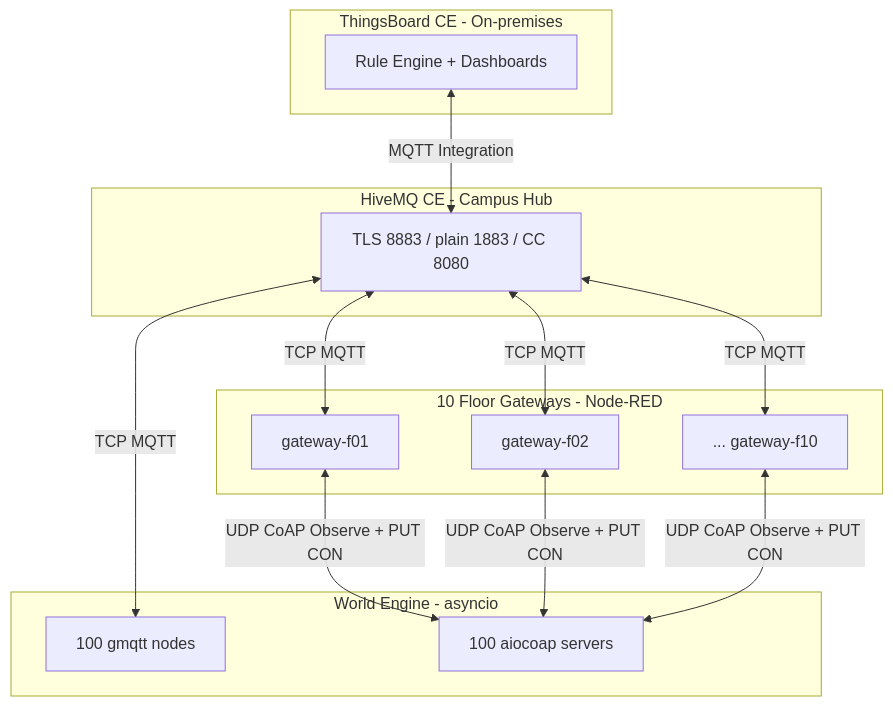
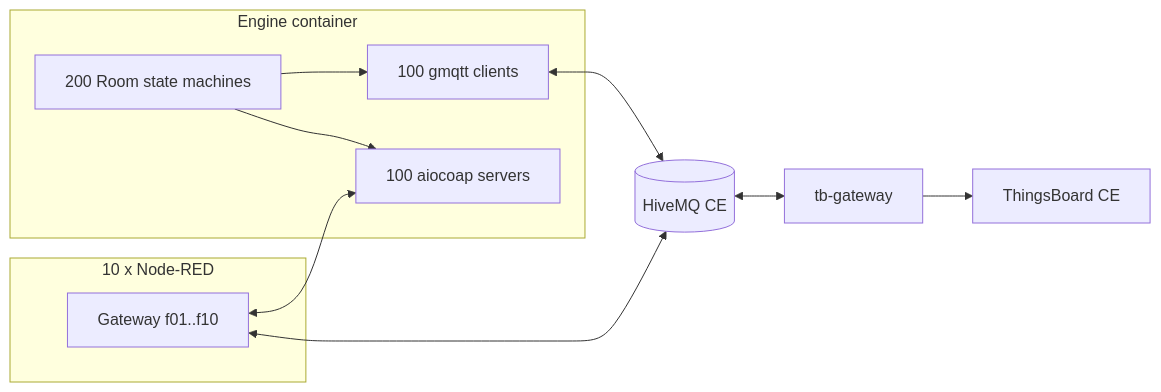
Before and after one commit to ahmed-khaled-4/IOT-Project: the diagram in REPORT_PHASE2.md, drawn with Mermaid. The commit also changed other lines of this file and 1 other file, not shown here.

````diff
--- a/REPORT_PHASE2.md
+++ b/REPORT_PHASE2.md
@@ -34,27 +79,21 @@
 ```mermaid
-flowchart TB
-    subgraph Cloud [ThingsBoard CE - On-premises]
-        TB[Rule Engine + Dashboards]
-    end
-    subgraph Backbone [HiveMQ CE - Campus Hub]
-        H[TLS 8883 / plain 1883 / CC 8080]
-    end
-    subgraph FogLayer [10 Floor Gateways - Node-RED]
-        GW01[gateway-f01]
-        GW02[gateway-f02]
-        GWN["... gateway-f10"]
-    end
-    subgraph Edge [World Engine - asyncio]
-        MQTT[100 gmqtt nodes]
-        CoAP[100 aiocoap servers]
-    end
-
-    TB <-->|MQTT Integration| H
-    H <-->|TCP MQTT| MQTT
-    H <-->|TCP MQTT| GW01
-    H <-->|TCP MQTT| GW02
-    H <-->|TCP MQTT| GWN
-    GW01 <-->|"UDP CoAP Observe + PUT CON"| CoAP
-    GW02 <-->|"UDP CoAP Observe + PUT CON"| CoAP
-    GWN <-->|"UDP CoAP Observe + PUT CON"| CoAP
+flowchart LR
+  subgraph edge [Engine container]
+    R[200 Room state machines]
+    M[100 gmqtt clients]
+    C[100 aiocoap servers]
+  end
+  subgraph fog [10 x Node-RED]
+    G[Gateway f01..f10]
+  end
+  H[(HiveMQ CE)]
+  TB[ThingsBoard CE]
+  TBG[tb-gateway]
+  R --> M
+  R --> C
+  M <--> H
+  G <--> H
+  G <--> C
+  H <--> TBG
+  TBG --> TB
 ```
````
